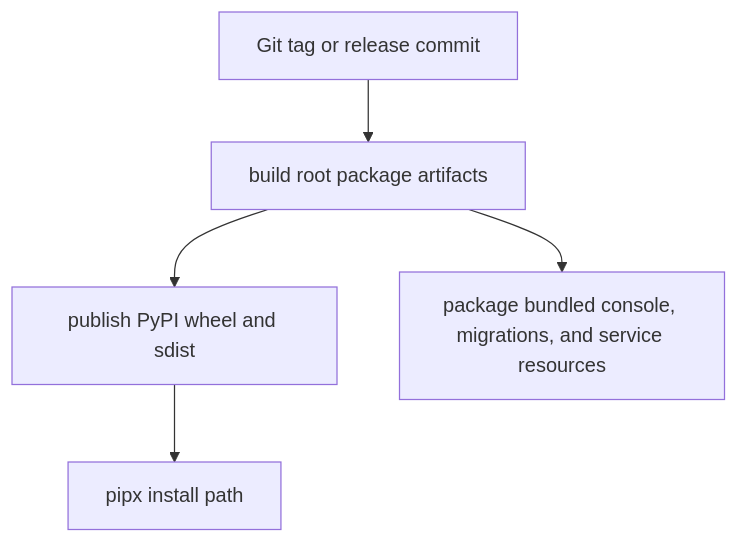
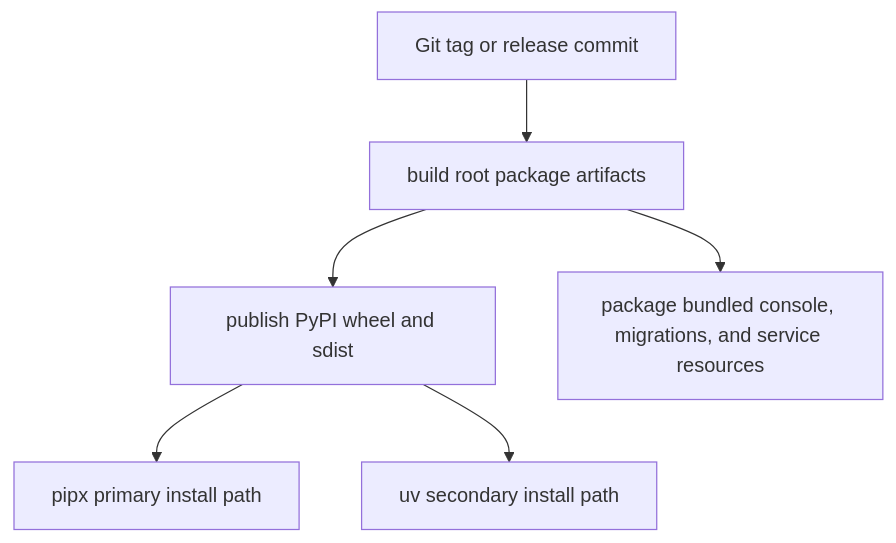
The diagram in docs/reference/maintainers/release-and-install-strategy.md (ringlochid/AutoClaw), drawn with Mermaid before and after one commit. The commit also changed other lines of this file and 57 other files, not shown here.

````diff
--- a/docs/reference/maintainers/release-and-install-strategy.md
+++ b/docs/reference/maintainers/release-and-install-strategy.md
@@ -42,7 +75,8 @@
 ```mermaid
 flowchart TD
     A["Git tag or release commit"] --> B["build root package artifacts"]
     B --> C["publish PyPI wheel and sdist"]
-    C --> D["pipx install path"]
-    B --> E["package bundled console, migrations, and service resources"]
+    C --> D["pipx primary install path"]
+    C --> E["uv secondary install path"]
+    B --> F["package bundled console, migrations, and service resources"]
 ```
````
